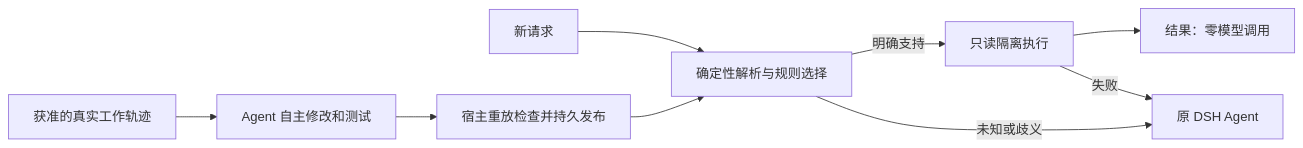
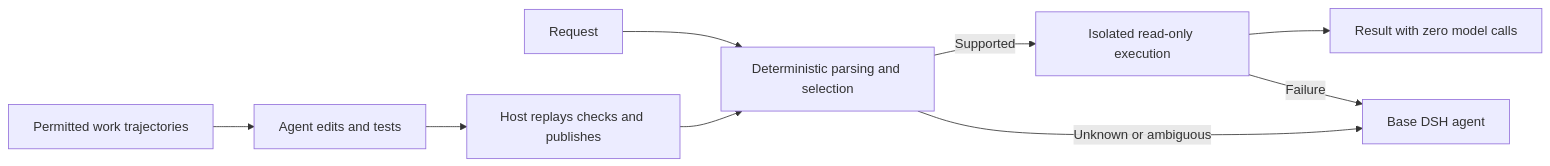
Before and after one commit to Riderich/self-evolving-router-dsh: the diagram in README.md, drawn with Mermaid. The commit also changed other lines of this file and 8 other files, not shown here.

````diff
--- a/README.md
+++ b/README.md
@@ -13,11 +15,11 @@
 ```mermaid
 flowchart LR
-    Q[新请求] --> R[确定性解析与规则选择]
-    R -->|明确支持| E[只读隔离执行]
-    E --> O[结果：零模型调用]
-    R -->|未知或歧义| A[原 DSH Agent]
-    E -->|失败| A
-    H[获准的真实工作轨迹] --> D[Agent 自主修改和测试]
-    D --> P[宿主重放检查并持久发布]
+    Q[Request] --> R[Deterministic parsing and selection]
+    R -->|Supported| E[Isolated read-only execution]
+    E --> O[Result with zero model calls]
+    R -->|Unknown or ambiguous| A[Base DSH agent]
+    E -->|Failure| A
+    H[Permitted work trajectories] --> D[Agent edits and tests]
+    D --> P[Host replays checks and publishes]
     P --> R
 ```
````
